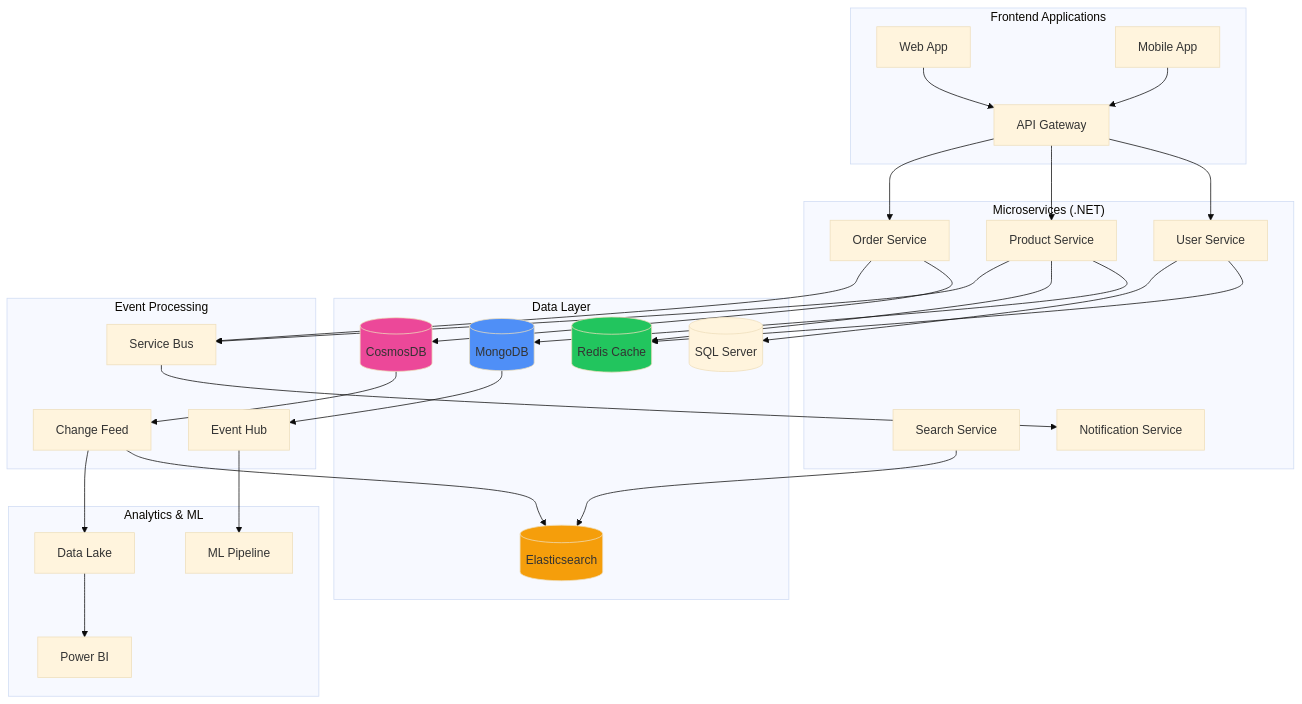
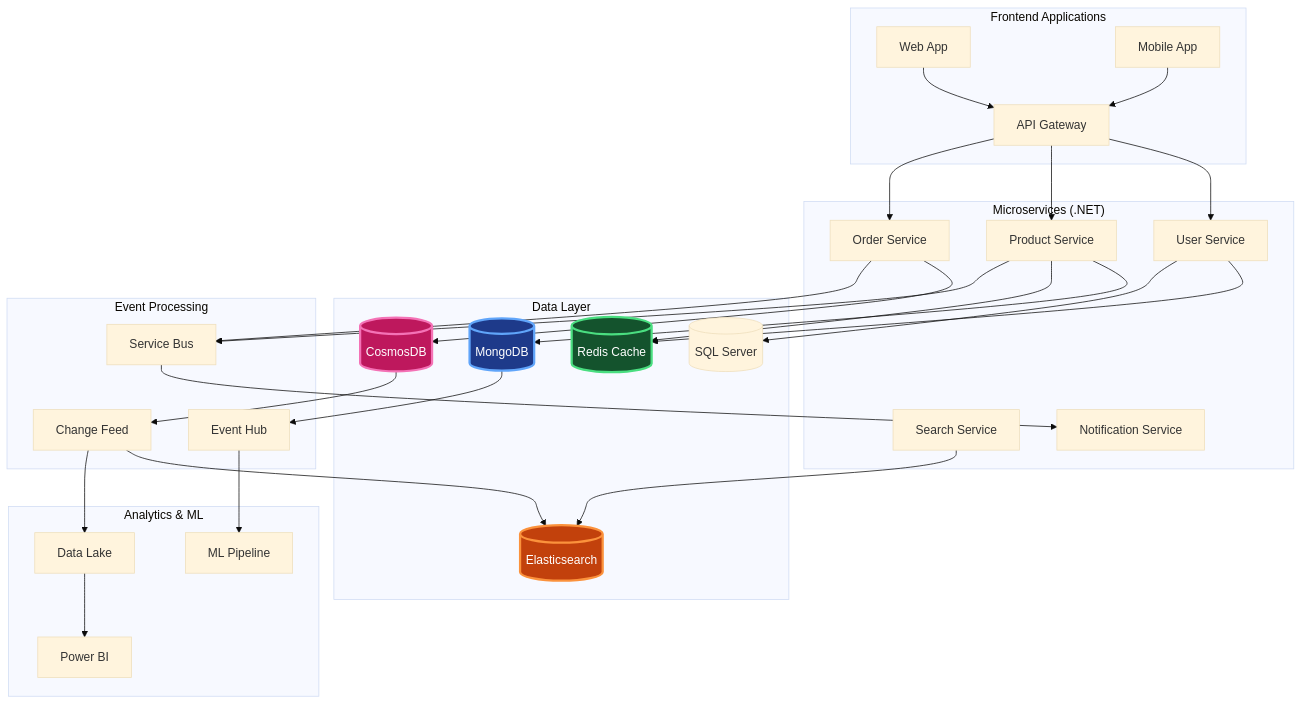
One commit to mleppedev/aio changed the diagram in docs/tablas/nosql.md. Above: the diagram before and after it, drawn with Mermaid (base theme). The commit also changed 16 other files, not shown here.

````diff
--- a/docs/tablas/nosql.md
+++ b/docs/tablas/nosql.md
@@ -661,66 +661,73 @@
 ```mermaid
 graph TB
     subgraph "Frontend Applications"
         Web[Web App]
         Mobile[Mobile App]
         API[API Gateway]
     end
 
     subgraph "Microservices (.NET)"
         US[User Service]
         PS[Product Service]
         OS[Order Service]
         SS[Search Service]
         NS[Notification Service]
     end
 
     subgraph "Data Layer"
         Redis[(Redis Cache)]
         Mongo[(MongoDB)]
         Cosmos[(CosmosDB)]
         Elastic[(Elasticsearch)]
         SQL[(SQL Server)]
     end
 
     subgraph "Event Processing"
         SB[Service Bus]
         CF[Change Feed]
         EventHub[Event Hub]
     end
 
     subgraph "Analytics & ML"
         DataLake[Data Lake]
         ML[ML Pipeline]
         PowerBI[Power BI]
     end
 
     Web --> API
     Mobile --> API
     API --> US
     API --> PS
     API --> OS
 
     US --> Redis
     US --> SQL
     PS --> Mongo
     PS --> Redis
     OS --> Cosmos
     SS --> Elastic
 
     PS --> SB
     OS --> SB
     SB --> NS
 
     Cosmos --> CF
     CF --> Elastic
     CF --> DataLake
 
     Mongo --> EventHub
     EventHub --> ML
     DataLake --> PowerBI
 
-    style Redis fill:#22c55e
-    style Mongo fill:#4f8ff7
-    style Cosmos fill:#ec4899
-    style Elastic fill:#f59e0b
+    classDef cache fill:#14532d,stroke:#4ade80,stroke-width:3px,color:#ffffff
+    classDef document fill:#1e3a8a,stroke:#60a5fa,stroke-width:3px,color:#ffffff
+    classDef cosmosdb fill:#be185d,stroke:#f472b6,stroke-width:3px,color:#ffffff
+    classDef search fill:#c2410c,stroke:#fb923c,stroke-width:3px,color:#ffffff
+    classDef service fill:#581c87,stroke:#c084fc,stroke-width:3px,color:#ffffff
+    classDef messaging fill:#365314,stroke:#84cc16,stroke-width:3px,color:#ffffff
+    
+    class Redis cache
+    class Mongo document
+    class Cosmos cosmosdb
+    class Elastic search
 ```
````
